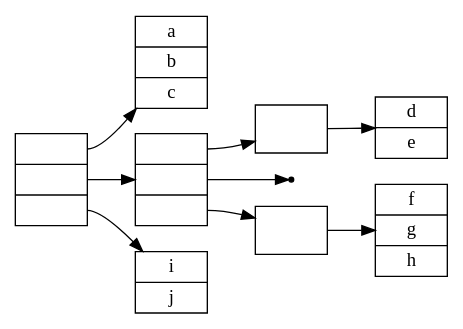
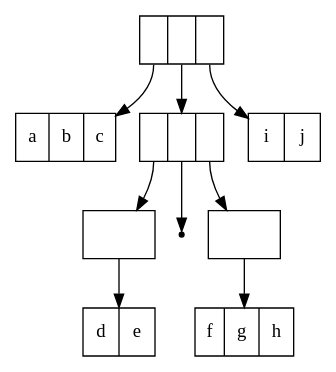
Before and after one commit to jpdarago/charla-funcional: the diagram in dot/finger-tree.dot, drawn with Graphviz. The commit also changed 5 other files, not shown here.

```diff
--- a/dot/finger-tree.dot
+++ b/dot/finger-tree.dot
@@ -1,48 +1,47 @@
 digraph fingertree {
-    rankdir = "LR"
     root [
         label = "<left> | <tree> | <right>"
         shape = "record"
     ]
     leftspine [
         label = "a | b | c"
         shape = "record"
     ]
     rightspine [
         label = "i | j"
         shape = "record"
     ]
     innertree [
         label = "<left> | <tree> | <right>"
         shape = "record"
     ]
     innerleftinterm [
-        label = "<f0>"
+        label = "Node2 <f0>"
         shape = "record"
     ]
     innerleft [
         label = "d | e"
         shape = "record"
     ]
     innerrightinterm [
-        label = "<f0>"
+        label = "Node3 <f0>"
         shape = "record"
     ]
     innerright [
         label = "f | g | h"
         shape = "record"
     ]
     nil [
         fillcolor = "black"
         style = "filled"
         shape = "point"
     ]
     root:left -> leftspine;
     root:right -> rightspine;
     root:tree -> innertree;
     innertree:left -> innerleftinterm;
     innertree:right -> innerrightinterm;
     innerleftinterm:f0 -> innerleft;
     innerrightinterm:f0 -> innerright;
     innertree:tree -> nil;
 }
```
